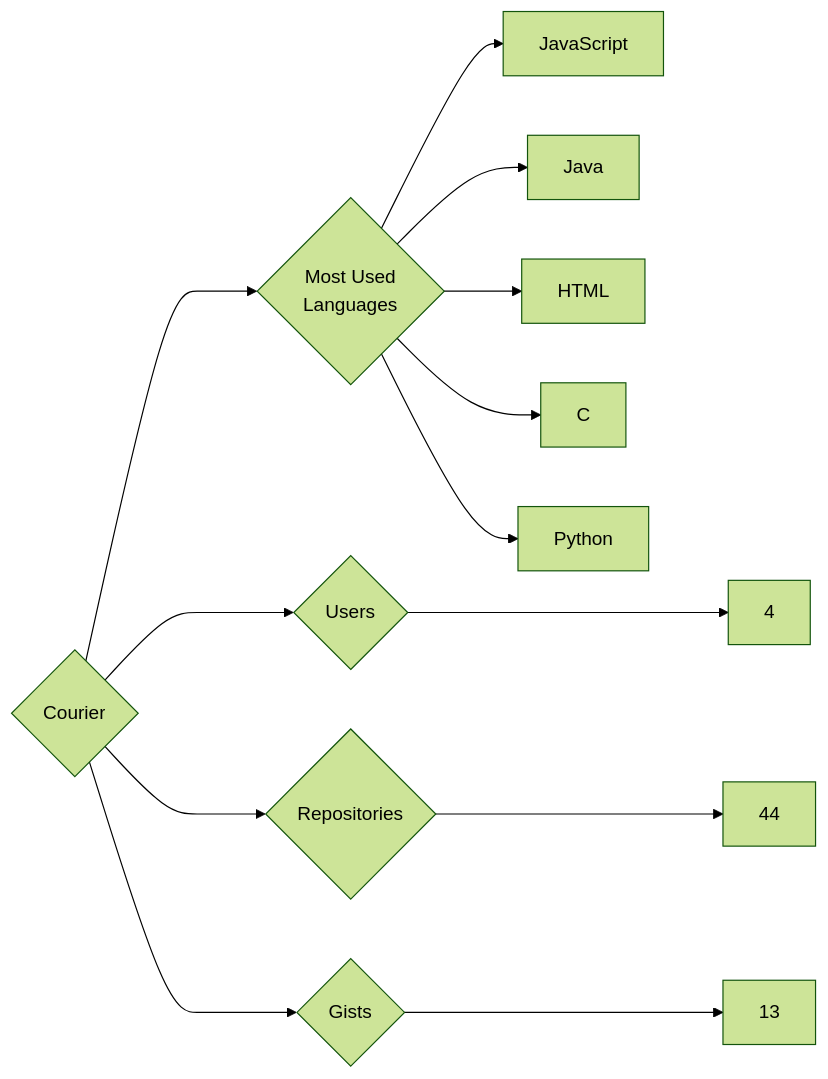
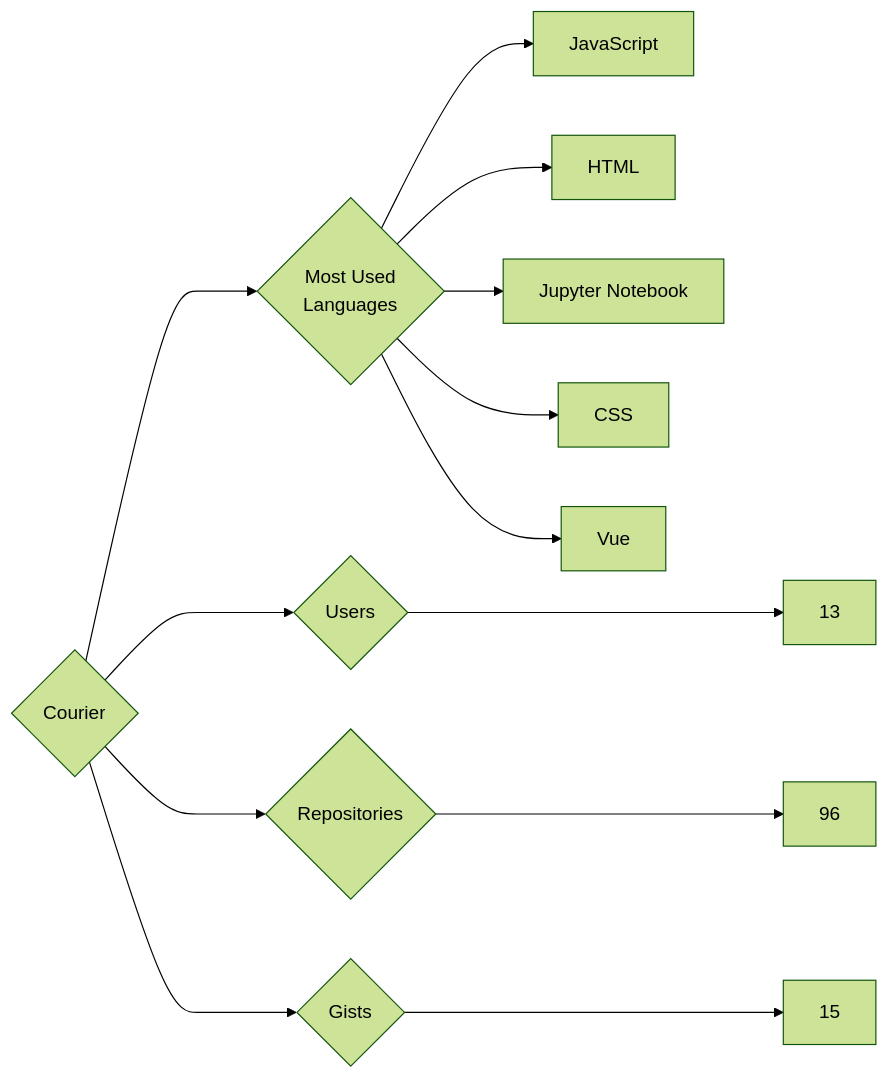
Before and after one commit to trickest/insiders: the diagram in targets/Courier/README.md, drawn with Mermaid (forest theme). The commit also changed 823 other files, not shown here.

````diff
--- a/targets/Courier/README.md
+++ b/targets/Courier/README.md
@@ -3,13 +3,13 @@
 ```mermaid
 graph LR
 COMPANY_NAME{Courier}
-COMPANY_NAME ---> U{Users} ---> UN[4]
-COMPANY_NAME ---> R{Repositories} ---> RN[44]
-COMPANY_NAME ---> G{Gists} ---> GN[13]
+COMPANY_NAME ---> U{Users} ---> UN[13]
+COMPANY_NAME ---> R{Repositories} ---> RN[96]
+COMPANY_NAME ---> G{Gists} ---> GN[15]
 COMPANY_NAME ---> ML{Most Used<br>Languages}
 ML --> JavaScript[JavaScript]
-ML --> Java[Java]
 ML --> HTML[HTML]
-ML --> C[C]
-ML --> Python[Python]
+ML --> Jupyter_Notebook[Jupyter Notebook]
+ML --> CSS[CSS]
+ML --> Vue[Vue]
 ```
````
